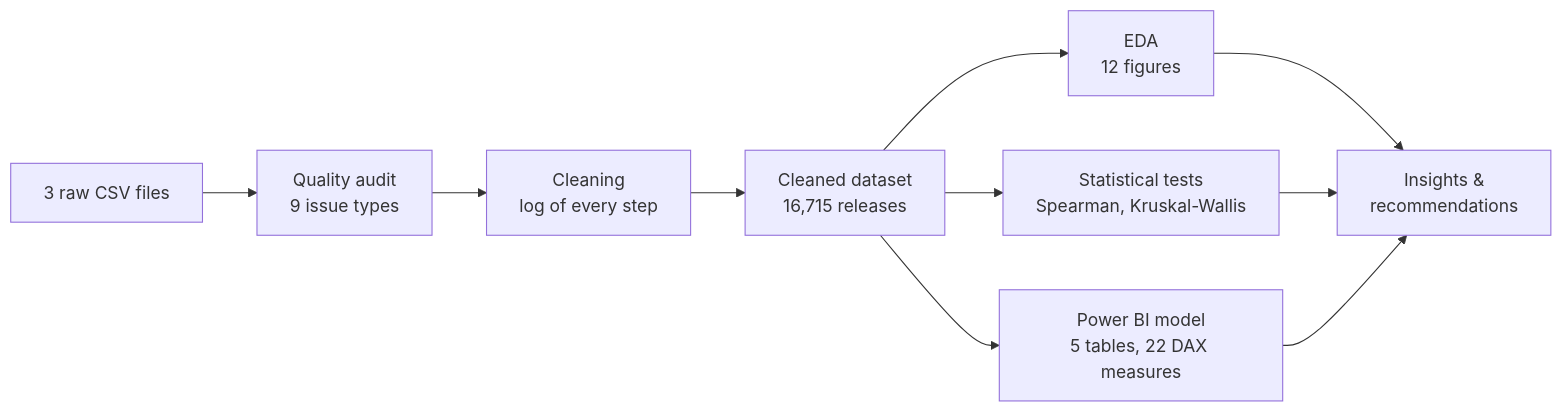
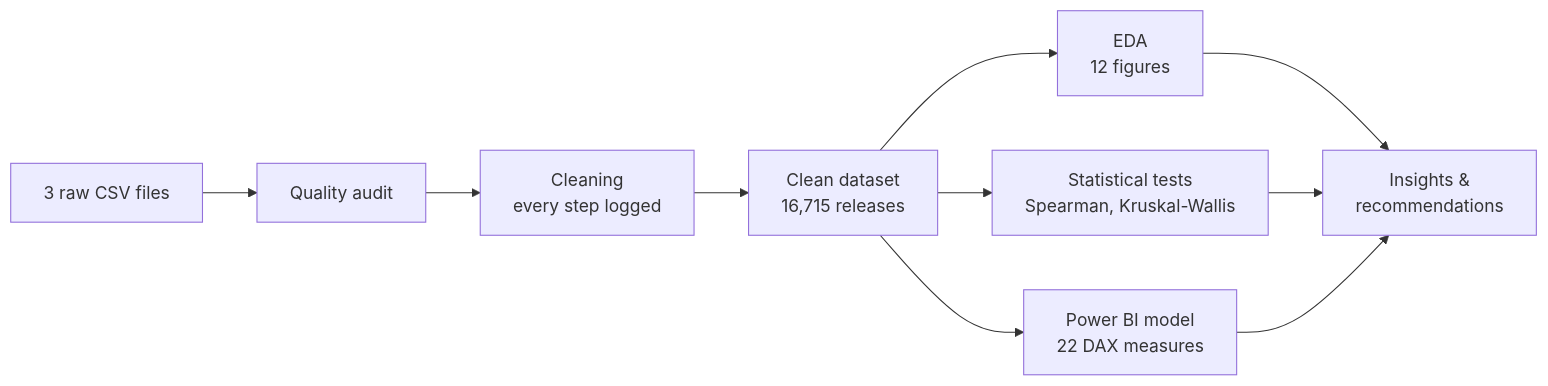
One commit to koffifidelek59-collab/video-game-analytics changed the diagram in README.md. Above: the diagram before and after it, drawn with Mermaid. The commit also changed other lines of this file, not shown here.

````diff
--- a/README.md
+++ b/README.md
@@ -72,12 +86,12 @@
 ```mermaid
 flowchart LR
-    A[3 raw CSV files] --> B[Quality audit<br/>9 issue types]
-    B --> C[Cleaning<br/>log of every step]
-    C --> D[Cleaned dataset<br/>16,715 releases]
+    A[3 raw CSV files] --> B[Quality audit]
+    B --> C[Cleaning<br/>every step logged]
+    C --> D[Clean dataset<br/>16,715 releases]
     D --> E[EDA<br/>12 figures]
     D --> F[Statistical tests<br/>Spearman, Kruskal-Wallis]
-    D --> G[Power BI model<br/>5 tables, 22 DAX measures]
+    D --> G[Power BI model<br/>22 DAX measures]
     E --> H[Insights &<br/>recommendations]
     F --> H
     G --> H
 ```
````
